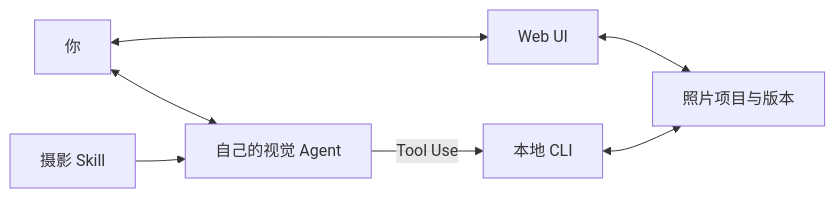
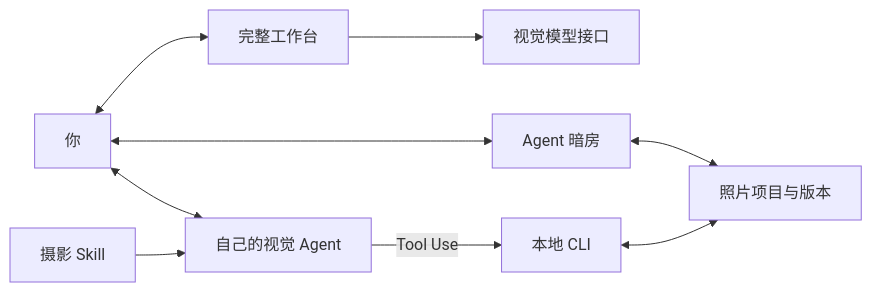
One commit to GeminiLight/FrameLark changed the diagram in README.md. Above: the diagram before and after it, drawn with Mermaid. The commit also changed other lines of this file and 202 other files, not shown here.

Commit message:
feat: include complete web studio and one-command deployment

````diff
--- a/README.md
+++ b/README.md
@@ -191,9 +216,11 @@
 ```mermaid
 flowchart LR
-    person[你] <--> ui[Web UI]
+    person[你] <--> studio[完整工作台]
+    studio --> api[视觉模型接口]
+    person <--> ui[Agent 暗房]
     person <--> agent[自己的视觉 Agent]
     skill[摄影 Skill] --> agent
     agent -->|Tool Use| cli[本地 CLI]
     ui <--> project[照片项目与版本]
     cli <--> project
 ```
````
